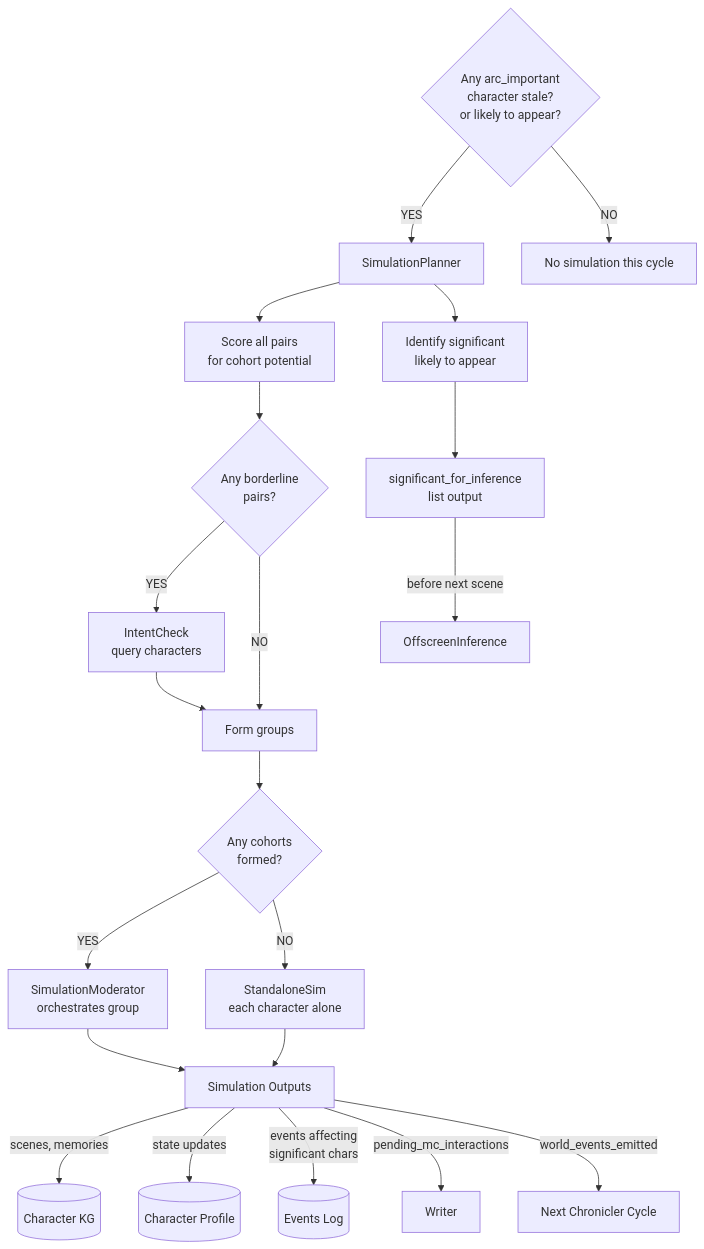
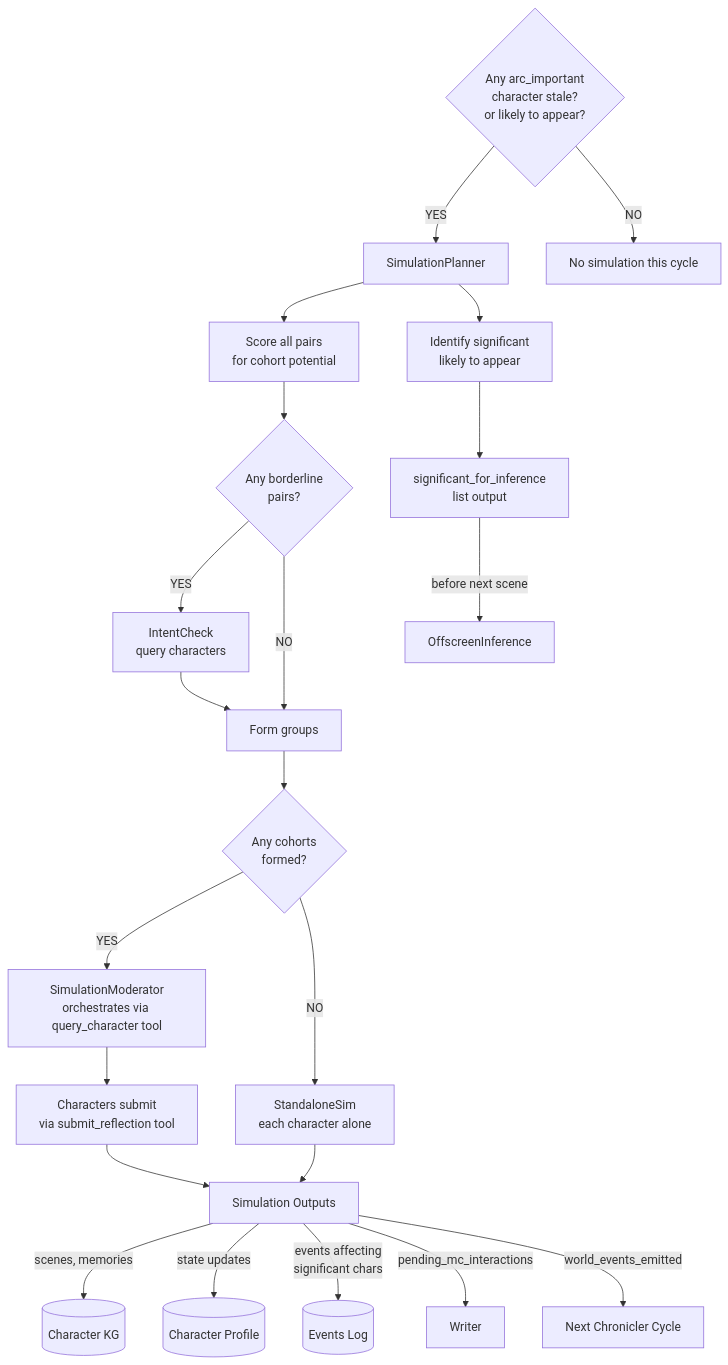
The third of 5 diagrams in doc/adr/SimulationSystemDesign.md (Czopenchauer/FableCraft), drawn with Mermaid before and after one commit. The commit also changed other lines of this file and 18 other files, not shown here.

````diff
--- a/doc/adr/SimulationSystemDesign.md
+++ b/doc/adr/SimulationSystemDesign.md
@@ -443,31 +441,32 @@
 ```mermaid
 flowchart TD
     Q{Any arc_important<br/>character stale?<br/>or likely to appear?}
     Q -->|YES| Plan[SimulationPlanner]
     Q -->|NO| Skip[No simulation this cycle]
     
     Plan --> Score[Score all pairs<br/>for cohort potential]
     Score --> Uncertain{Any borderline<br/>pairs?}
     
     Uncertain -->|YES| IC[IntentCheck<br/>query characters]
     Uncertain -->|NO| Form[Form groups]
     IC --> Form
     
     Form --> Check{Any cohorts<br/>formed?}
-    Check -->|YES| Cohort[SimulationModerator<br/>orchestrates group]
+    Check -->|YES| Cohort[SimulationModerator<br/>orchestrates via query_character tool]
     Check -->|NO| Standalone[StandaloneSim<br/>each character alone]
     
     Plan --> SigPlan[Identify significant<br/>likely to appear]
     SigPlan --> SigOut[significant_for_inference<br/>list output]
     
-    Cohort --> Out[Simulation Outputs]
-    Standalone --> Out
+    Cohort --> CharOut[Characters submit<br/>via submit_reflection tool]
+    Standalone --> Out[Simulation Outputs]
+    CharOut --> Out
     
     Out -->|scenes, memories| CharKG[(Character KG)]
     Out -->|state updates| Profile[(Character Profile)]
     Out -->|events affecting<br/>significant chars| EventsLog[(Events Log)]
     Out -->|pending_mc_interactions| Writer
     Out -->|world_events_emitted| NextChronicler[Next Chronicler Cycle]
     
     SigOut -->|before next scene| OI[OffscreenInference]
 ```
````
